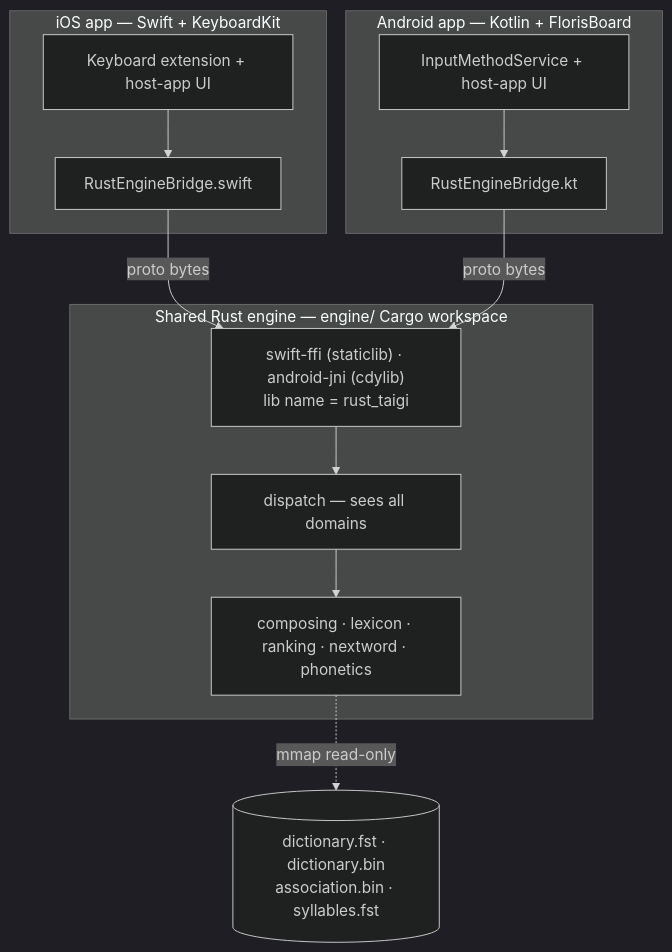
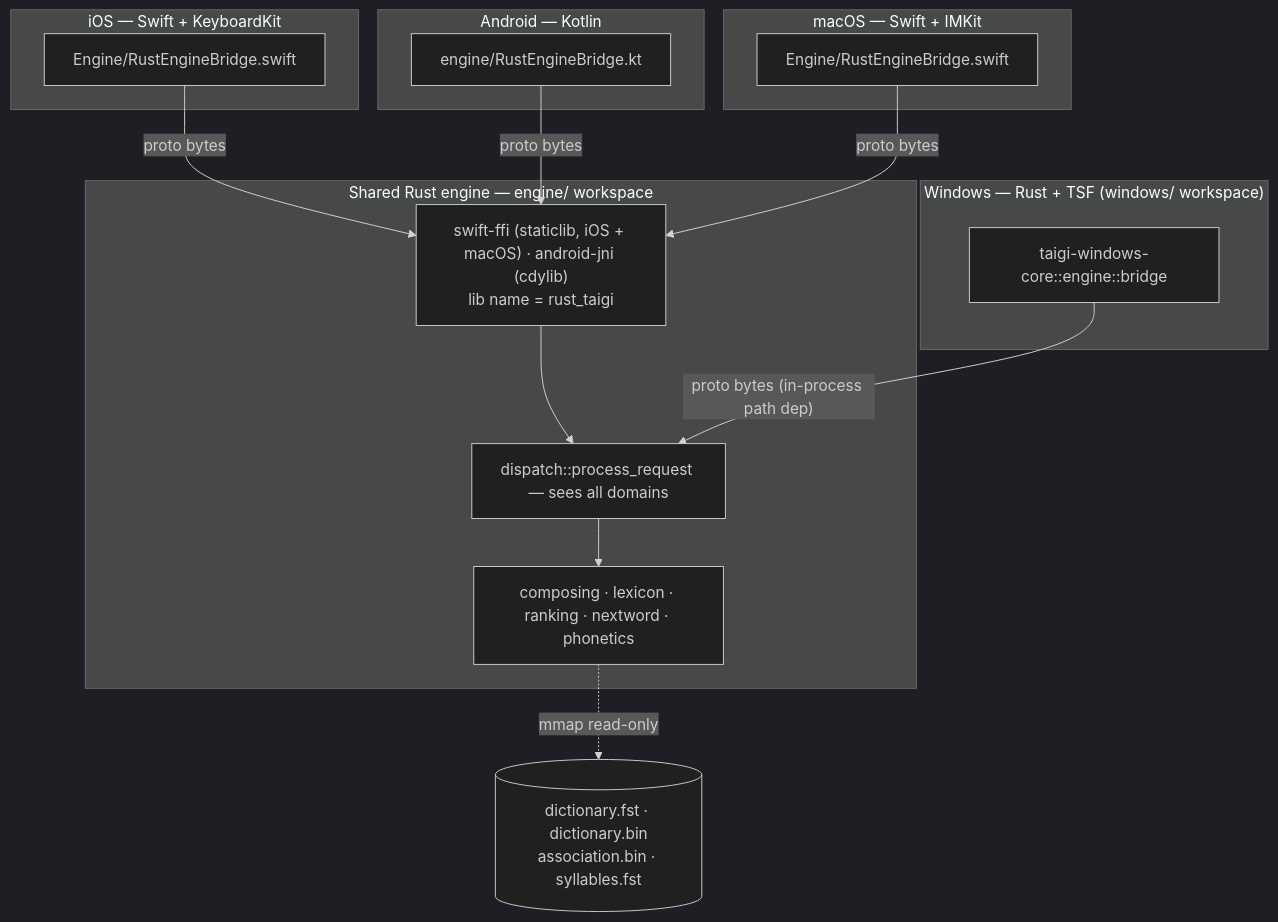
One commit to taigikeyboard/taigikeyboard changed the first of 4 diagrams in docs/architecture/system-overview.md. Above: the diagram before and after it, drawn with Mermaid (dark theme). The commit also changed other lines of this file and 44 other files, not shown here.

First line of the commit message:
docs: prune stale docs; delete 7 superseded files, refresh architecture to four platforms

````diff
--- a/docs/architecture/system-overview.md
+++ b/docs/architecture/system-overview.md
@@ -21,24 +20,28 @@
 ```mermaid
 graph TB
-    subgraph iOS["iOS app — Swift + KeyboardKit"]
-        iosUI["Keyboard extension + host-app UI"]
-        iosBridge["RustEngineBridge.swift"]
-        iosUI --> iosBridge
+    subgraph iOS["iOS — Swift + KeyboardKit"]
+        iosBridge["Engine/RustEngineBridge.swift"]
     end
-    subgraph Android["Android app — Kotlin + FlorisBoard"]
-        andUI["InputMethodService + host-app UI"]
-        andBridge["RustEngineBridge.kt"]
-        andUI --> andBridge
+    subgraph Android["Android — Kotlin"]
+        andBridge["engine/RustEngineBridge.kt"]
     end
-    subgraph Engine["Shared Rust engine — engine/ Cargo workspace"]
-        ffi["swift-ffi (staticlib) · android-jni (cdylib)<br/>lib name = rust_taigi"]
-        dispatch["dispatch — sees all domains"]
+    subgraph macOS["macOS — Swift + IMKit"]
+        macBridge["Engine/RustEngineBridge.swift"]
+    end
+    subgraph Windows["Windows — Rust + TSF (windows/ workspace)"]
+        winBridge["taigi-windows-core::engine::bridge"]
+    end
+    subgraph Engine["Shared Rust engine — engine/ workspace"]
+        ffi["swift-ffi (staticlib, iOS + macOS) · android-jni (cdylib)<br/>lib name = rust_taigi"]
+        dispatch["dispatch::process_request — sees all domains"]
         domains["composing · lexicon · ranking · nextword · phonetics"]
         ffi --> dispatch --> domains
     end
     artifacts[("dictionary.fst · dictionary.bin<br/>association.bin · syllables.fst")]
 
     iosBridge -->|proto bytes| ffi
     andBridge -->|proto bytes| ffi
+    macBridge -->|proto bytes| ffi
+    winBridge -->|"proto bytes (in-process path dep)"| dispatch
     domains -. mmap read-only .-> artifacts
 ```
````
